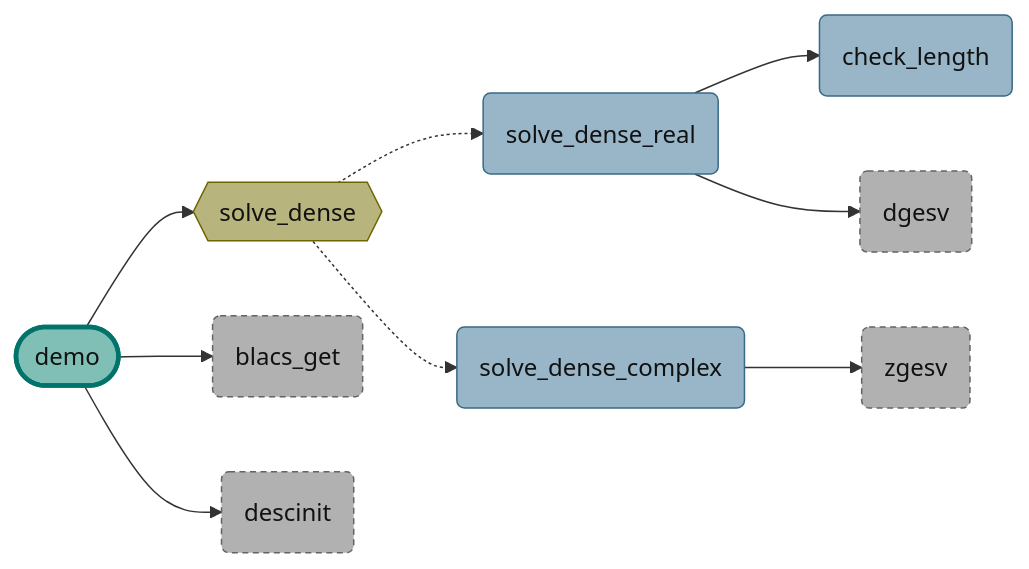
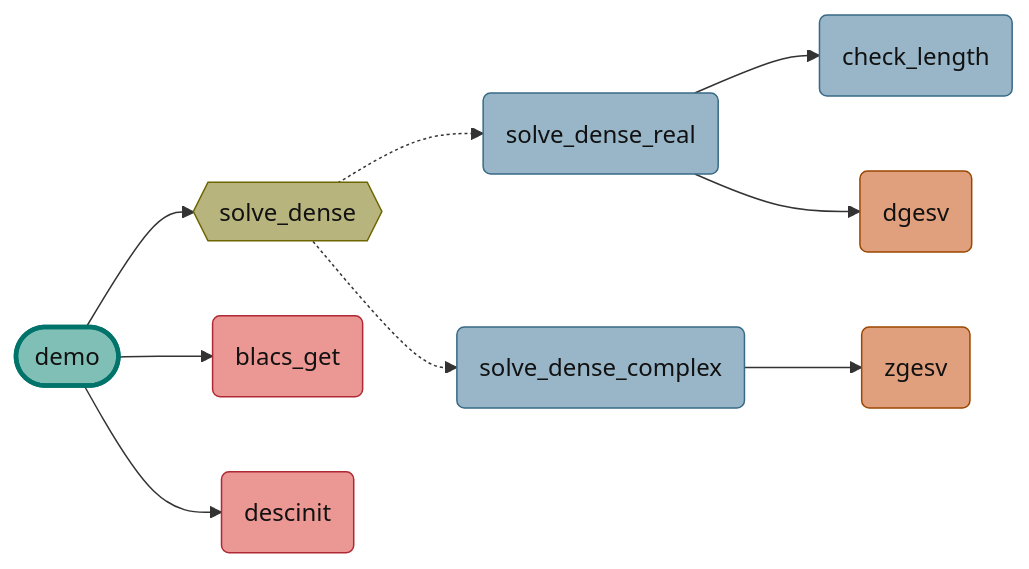
One commit to Nevensky/fumadocs-fortran changed the second of 2 diagrams in docs/content/docs/showcase/modern/demo.mdx. Above: the diagram before and after it, drawn with Mermaid. The commit also changed other lines of this file and 35 other files, not shown here.

````diff
--- a/docs/content/docs/showcase/modern/demo.mdx
+++ b/docs/content/docs/showcase/modern/demo.mdx
@@ -60,40 +60,41 @@
 ```mermaid
 flowchart LR
   classDef fdfProgram fill:#80bfb6,stroke:#00736a,color:#111111
   classDef fdfProcedure fill:#98b6c8,stroke:#386a86,color:#111111
   classDef fdfGeneric fill:#b7b47e,stroke:#6d6600,color:#111111
-  classDef fdfExternal fill:#b1b1b1,stroke:#636363,color:#111111,stroke-dasharray:4 3
+  classDef fdfLapack fill:#e0a07d,stroke:#9c4700,color:#111111
+  classDef fdfScalapack fill:#eb9794,stroke:#af2934,color:#111111
   classDef fdfFocus stroke-width:3px
   n1(["demo"])
   n2{{"solve_dense"}}
   n3("blacs_get")
   n4("descinit")
   n5("solve_dense_real")
   n6("solve_dense_complex")
   n7("check_length")
   n8("dgesv")
   n9("zgesv")
   n1 --> n2
   n1 --> n3
   n1 --> n4
   n2 -.-> n5
   n2 -.-> n6
   n5 --> n7
   n5 --> n8
   n6 --> n9
   class n1 fdfProgram
   class n1 fdfFocus
   class n2 fdfGeneric
-  class n3 fdfExternal
-  class n4 fdfExternal
+  class n3 fdfScalapack
+  class n4 fdfScalapack
   class n5 fdfProcedure
   class n6 fdfProcedure
   class n7 fdfProcedure
-  class n8 fdfExternal
-  class n9 fdfExternal
+  class n8 fdfLapack
+  class n9 fdfLapack
   click n1 href "/docs/showcase/modern/demo"
   click n2 href "/docs/showcase/modern/solver_kernels#solve_dense"
   click n5 href "/docs/showcase/modern/solver_kernels_lapack#solve_dense_real"
   click n6 href "/docs/showcase/modern/solver_kernels_lapack#solve_dense_complex"
   click n7 href "/docs/showcase/modern/solver_kernels#check_length"
 ```
````
